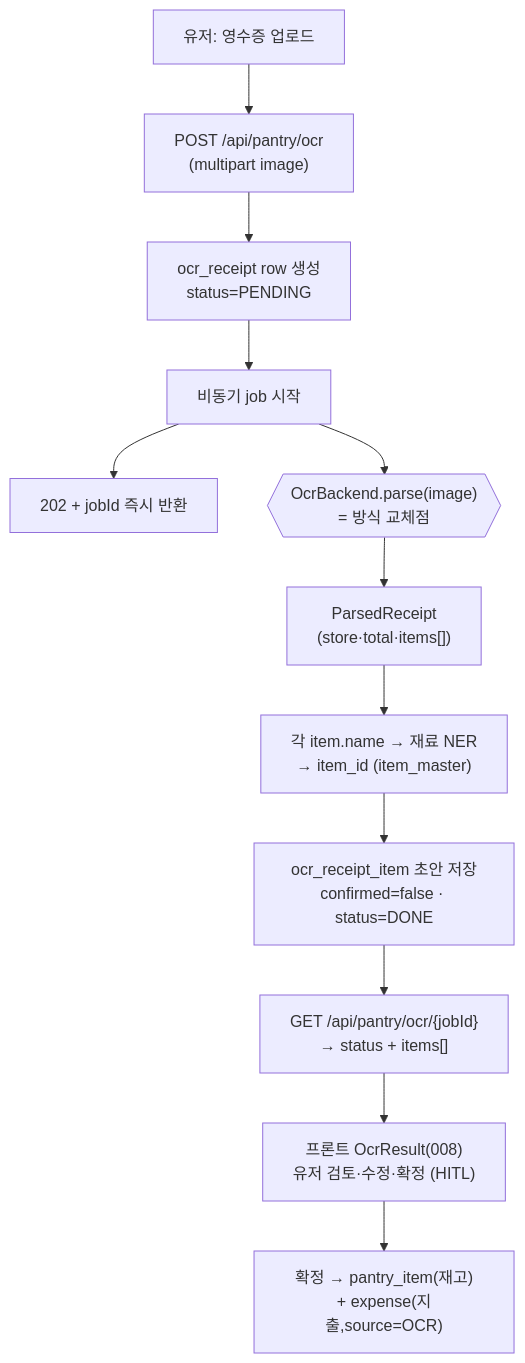
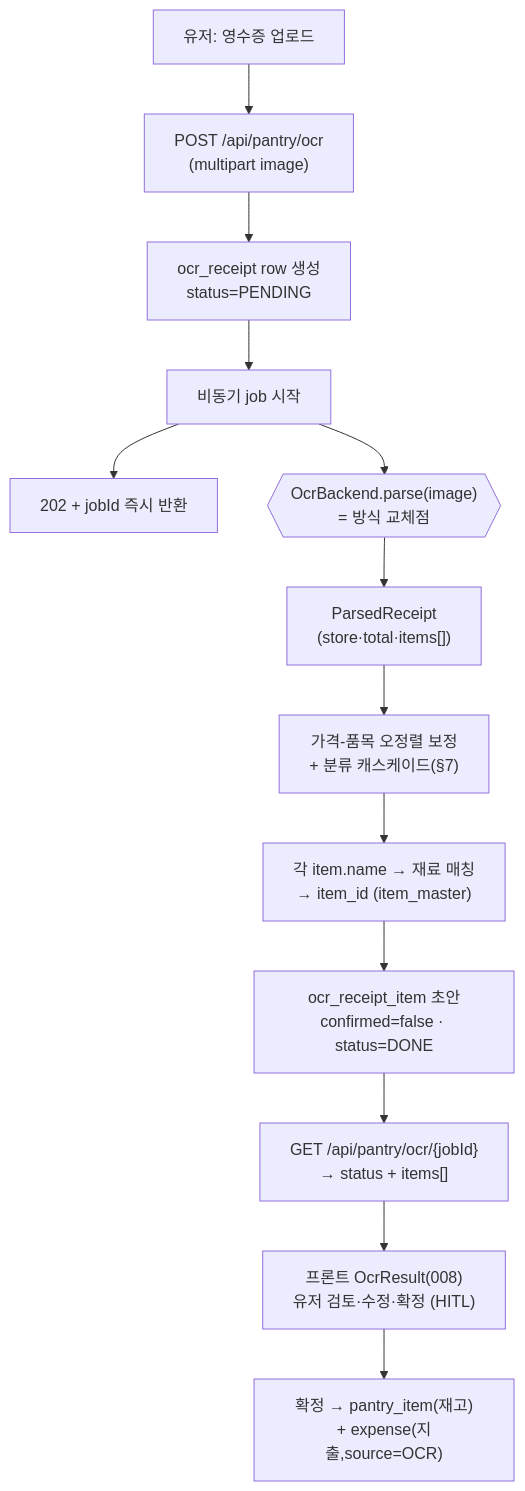
One commit to happyInit/food-budget-app changed the diagram in docs/ocr-service-design.md. Above: the diagram before and after it, drawn with Mermaid. The commit also changed other lines of this file and 13 other files, not shown here.

````diff
--- a/docs/ocr-service-design.md
+++ b/docs/ocr-service-design.md
@@ -29,13 +29,14 @@
 ```mermaid
 flowchart TD
     U[유저: 영수증 업로드] --> A["POST /api/pantry/ocr<br/>(multipart image)"]
     A --> R["ocr_receipt row 생성<br/>status=PENDING"]
     R --> J[비동기 job 시작] --> A2["202 + jobId 즉시 반환"]
     J --> B{{"OcrBackend.parse(image)<br/>= 방식 교체점"}}
     B --> P["ParsedReceipt<br/>(store·total·items[])"]
-    P --> N["각 item.name → 재료 NER<br/>→ item_id (item_master)"]
-    N --> D["ocr_receipt_item 초안 저장<br/>confirmed=false · status=DONE"]
+    P --> C["가격-품목 오정렬 보정<br/>+ 분류 캐스케이드(§7)"]
+    C --> N["각 item.name → 재료 매칭<br/>→ item_id (item_master)"]
+    N --> D["ocr_receipt_item 초안<br/>confirmed=false · status=DONE"]
     D --> G["GET /api/pantry/ocr/{jobId}<br/>→ status + items[]"]
     G --> H["프론트 OcrResult(008)<br/>유저 검토·수정·확정 (HITL)"]
     H --> F["확정 → pantry_item(재고)<br/>+ expense(지출,source=OCR)"]
 ```
````
